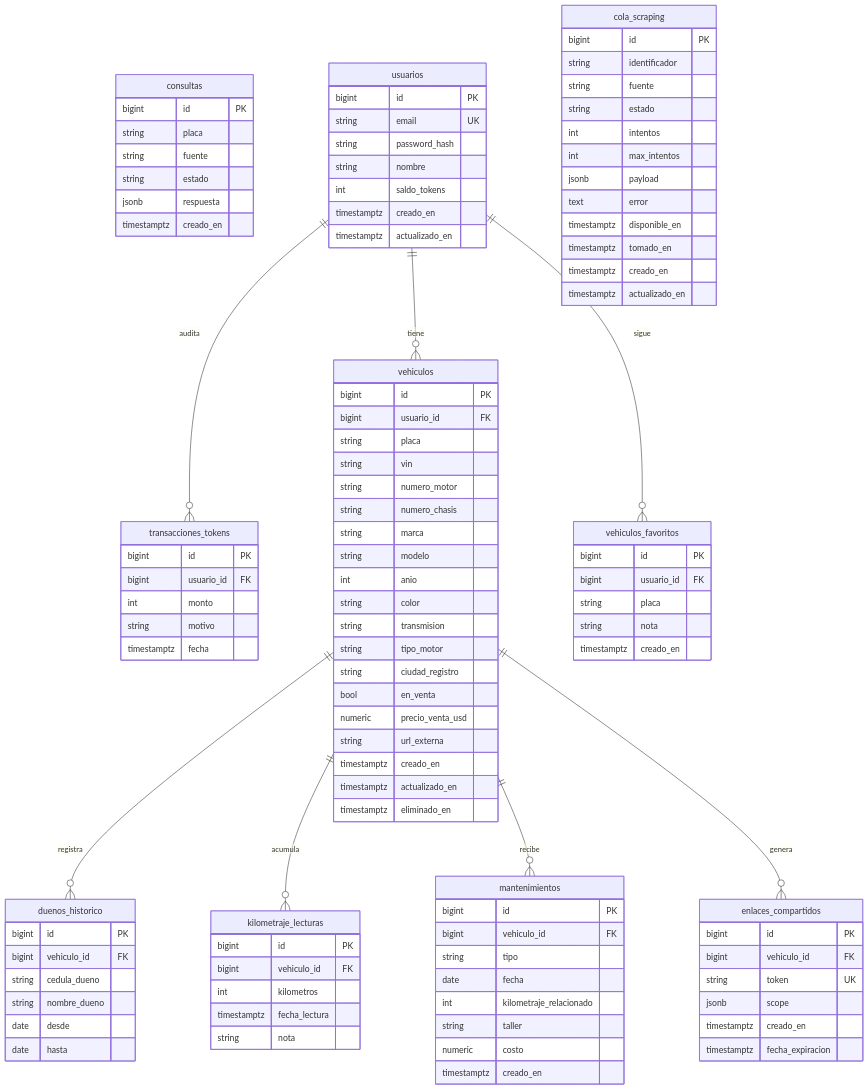
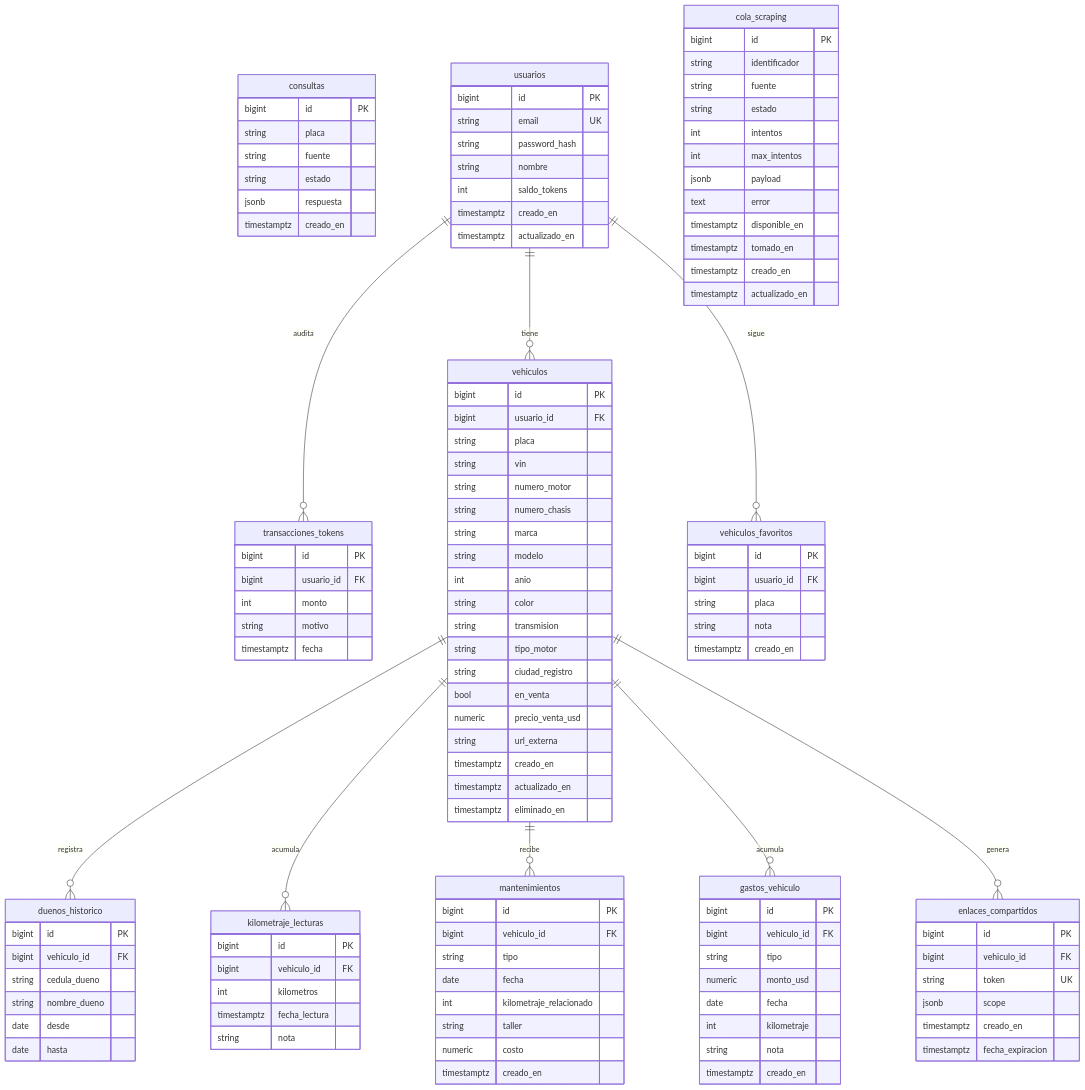
Before and after one commit to VMarcosGC/consulta-placas-ec: the fifth of 6 diagrams in docs/arquitectura.md, drawn with Mermaid. The commit also changed other lines of this file, not shown here.

Commit message:
docs: ER — `gastos_vehiculo` (migración 0032) + nota del plan de cuidado

````diff
--- a/docs/arquitectura.md
+++ b/docs/arquitectura.md
@@ -315,6 +315,17 @@
         timestamptz creado_en
     }
 
+    gastos_vehiculo {
+        bigint id PK
+        bigint vehiculo_id FK
+        string tipo
+        numeric monto_usd
+        date fecha
+        int kilometraje
+        string nota
+        timestamptz creado_en
+    }
+
     enlaces_compartidos {
         bigint id PK
         bigint vehiculo_id FK
@@ -345,5 +356,6 @@
     vehiculos ||--o{ duenos_historico : registra
     vehiculos ||--o{ kilometraje_lecturas : acumula
     vehiculos ||--o{ mantenimientos : recibe
+    vehiculos ||--o{ gastos_vehiculo : acumula
     vehiculos ||--o{ enlaces_compartidos : genera
 ```
````
